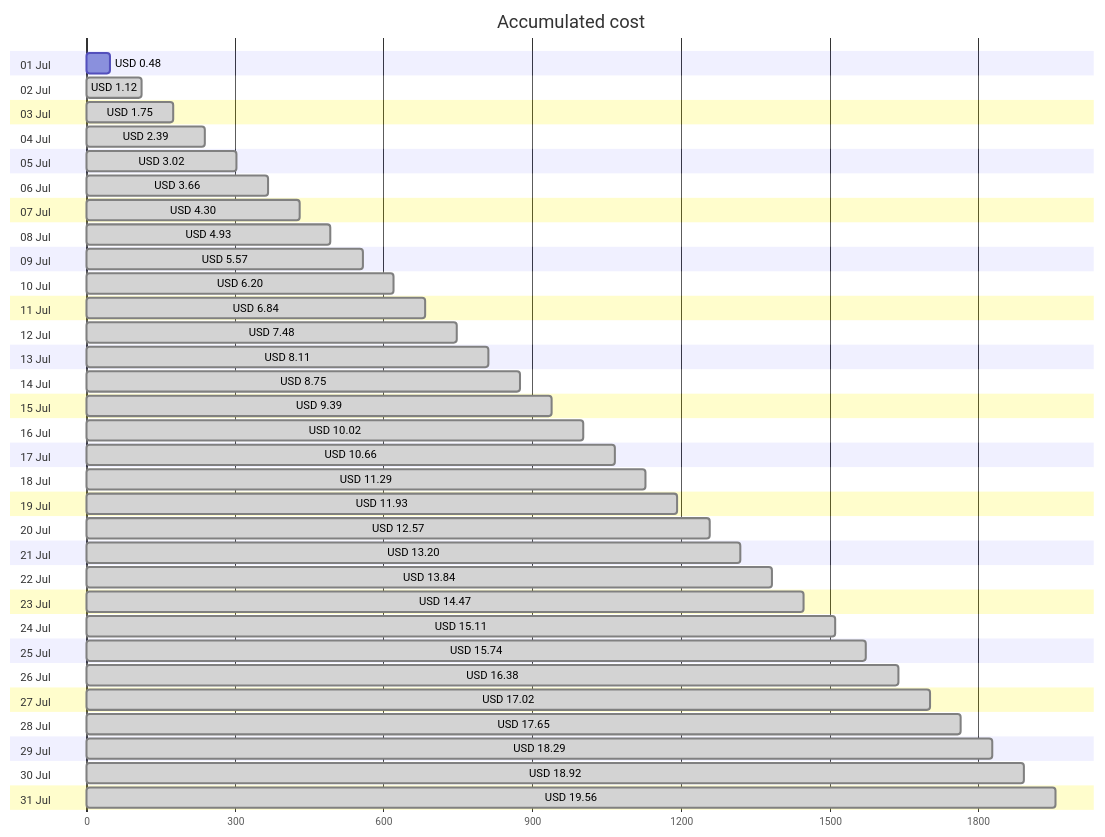
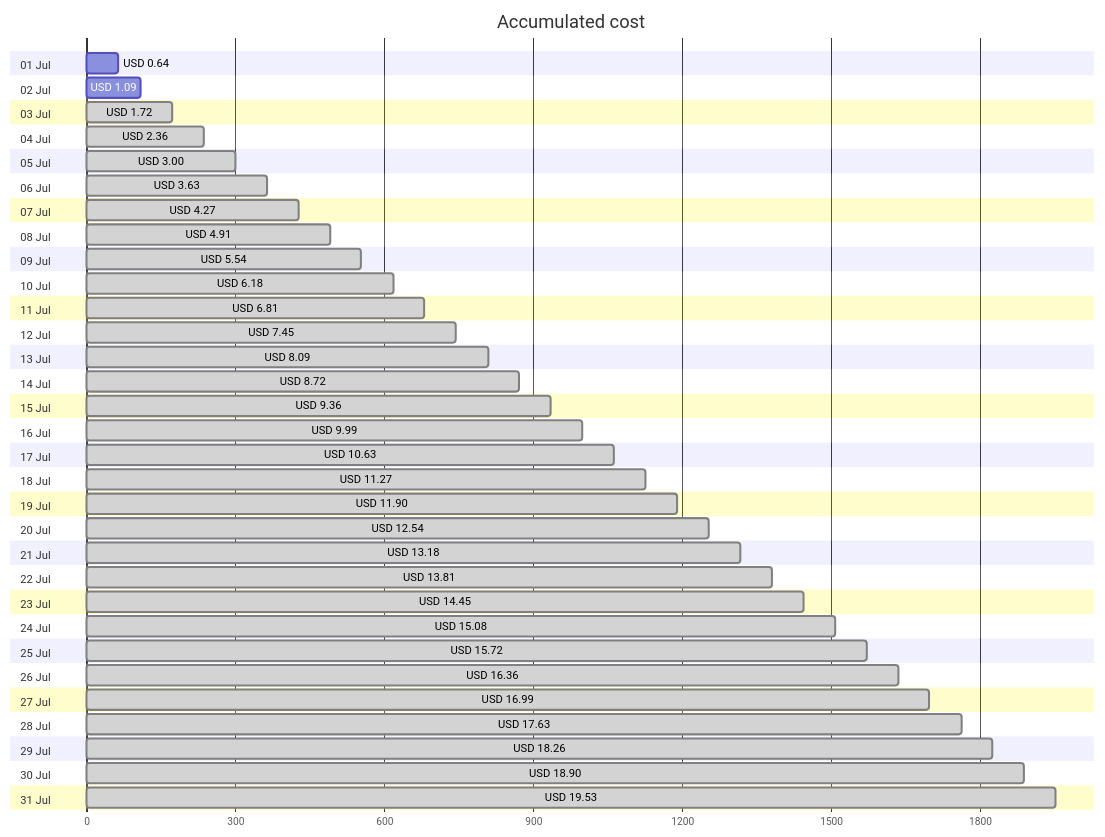
The first of 4 diagrams in cost-reports/accumulated-cost.md (jpfulton/azure-personal-reports), drawn with Mermaid before and after one commit. The commit also changed other lines of this file and 4 other files, not shown here.

````diff
--- a/cost-reports/accumulated-cost.md
+++ b/cost-reports/accumulated-cost.md
@@ -20,68 +20,68 @@
 ```mermaid
 gantt
    title Accumulated cost
    dateFormat  X
    axisFormat %s
    section 01 Jul
-   USD 0.48 :0, 48
+   USD 0.64 :0, 64
    section 02 Jul
-   USD 1.12 : done, 0, 112
+   USD 1.09 :0, 109
    section 03 Jul
-   USD 1.75 : done, 0, 175
+   USD 1.72 : done, 0, 172
    section 04 Jul
-   USD 2.39 : done, 0, 239
+   USD 2.36 : done, 0, 236
    section 05 Jul
-   USD 3.02 : done, 0, 302
+   USD 3.00 : done, 0, 300
    section 06 Jul
-   USD 3.66 : done, 0, 366
+   USD 3.63 : done, 0, 363
    section 07 Jul
-   USD 4.30 : done, 0, 430
+   USD 4.27 : done, 0, 427
    section 08 Jul
-   USD 4.93 : done, 0, 493
+   USD 4.91 : done, 0, 491
    section 09 Jul
-   USD 5.57 : done, 0, 557
+   USD 5.54 : done, 0, 554
    section 10 Jul
-   USD 6.20 : done, 0, 620
+   USD 6.18 : done, 0, 618
    section 11 Jul
-   USD 6.84 : done, 0, 684
+   USD 6.81 : done, 0, 681
    section 12 Jul
-   USD 7.48 : done, 0, 748
+   USD 7.45 : done, 0, 745
    section 13 Jul
-   USD 8.11 : done, 0, 811
+   USD 8.09 : done, 0, 809
    section 14 Jul
-   USD 8.75 : done, 0, 875
+   USD 8.72 : done, 0, 872
    section 15 Jul
-   USD 9.39 : done, 0, 939
+   USD 9.36 : done, 0, 936
    section 16 Jul
-   USD 10.02 : done, 0, 1002
+   USD 9.99 : done, 0, 999
    section 17 Jul
-   USD 10.66 : done, 0, 1066
+   USD 10.63 : done, 0, 1063
    section 18 Jul
-   USD 11.29 : done, 0, 1129
+   USD 11.27 : done, 0, 1127
    section 19 Jul
-   USD 11.93 : done, 0, 1193
+   USD 11.90 : done, 0, 1190
    section 20 Jul
-   USD 12.57 : done, 0, 1257
+   USD 12.54 : done, 0, 1254
    section 21 Jul
-   USD 13.20 : done, 0, 1320
+   USD 13.18 : done, 0, 1318
    section 22 Jul
-   USD 13.84 : done, 0, 1384
+   USD 13.81 : done, 0, 1381
    section 23 Jul
-   USD 14.47 : done, 0, 1447
+   USD 14.45 : done, 0, 1445
    section 24 Jul
-   USD 15.11 : done, 0, 1511
+   USD 15.08 : done, 0, 1508
    section 25 Jul
-   USD 15.74 : done, 0, 1574
+   USD 15.72 : done, 0, 1572
    section 26 Jul
-   USD 16.38 : done, 0, 1638
+   USD 16.36 : done, 0, 1636
    section 27 Jul
-   USD 17.02 : done, 0, 1702
+   USD 16.99 : done, 0, 1699
    section 28 Jul
-   USD 17.65 : done, 0, 1765
+   USD 17.63 : done, 0, 1763
    section 29 Jul
-   USD 18.29 : done, 0, 1829
+   USD 18.26 : done, 0, 1826
    section 30 Jul
-   USD 18.92 : done, 0, 1892
+   USD 18.90 : done, 0, 1890
    section 31 Jul
-   USD 19.56 : done, 0, 1956
+   USD 19.53 : done, 0, 1953
 ```
````
